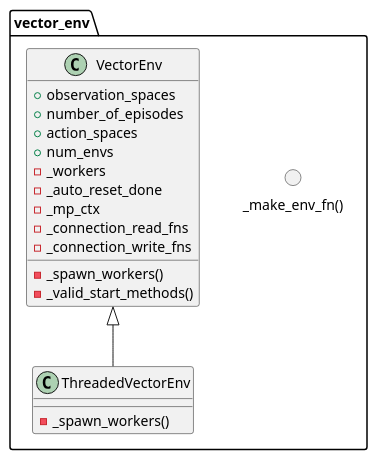
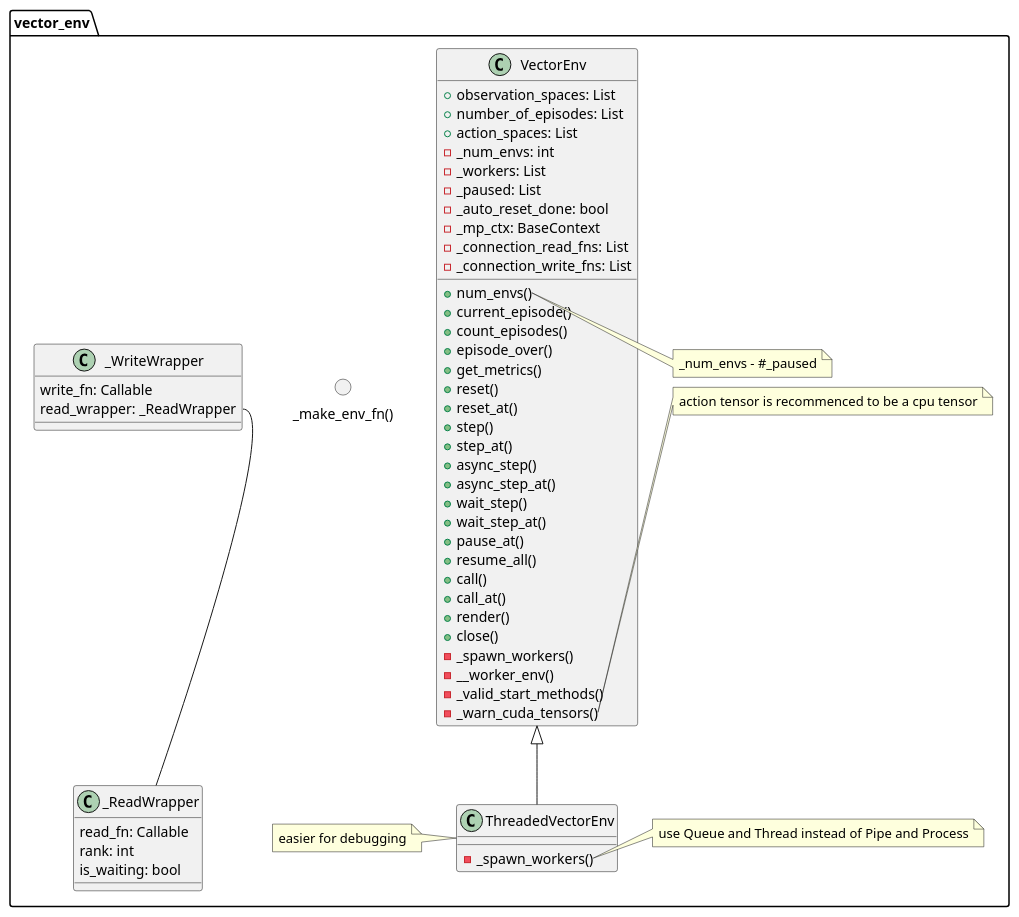
Before and after one commit to againxx/Notes: the fourth of 4 diagrams in Projects/Scanbot/habitat_lab.md, drawn with PlantUML. The commit also changed other lines of this file, not shown here.

Commit message:
Update habitat_lab class uml diagram

````diff
--- a/Projects/Scanbot/habitat_lab.md
+++ b/Projects/Scanbot/habitat_lab.md
@@ -169,25 +165,72 @@
 ```plantuml
 package vector_env {
     () "_make_env_fn()"
     class VectorEnv {
-        +observation_spaces
-        +number_of_episodes
-        +action_spaces
-        +num_envs
-        -_workers
-        -_auto_reset_done
-        -_mp_ctx
-        -_connection_read_fns
-        -_connection_write_fns
+        +observation_spaces: List
+        +number_of_episodes: List
+        +action_spaces: List
+        -_num_envs: int
+        -_workers: List
+        -_paused: List
+        -_auto_reset_done: bool
+        -_mp_ctx: BaseContext
+        -_connection_read_fns: List
+        -_connection_write_fns: List
 
+        +num_envs()
+        +current_episode()
+        +count_episodes()
+        +episode_over()
+        +get_metrics()
+        +reset()
+        +reset_at()
+        +step()
+        +step_at()
+        +async_step()
+        +async_step_at()
+        +wait_step()
+        +wait_step_at()
+        +pause_at()
+        +resume_all()
+        +call()
+        +call_at()
+        +render()
+        +close()
         -_spawn_workers()
+        -__worker_env()
         -_valid_start_methods()
+        -_warn_cuda_tensors()
     }
 
     class ThreadedVectorEnv {
         -_spawn_workers()
     }
 
+    class _ReadWrapper {
+        read_fn: Callable
+        rank: int
+        is_waiting: bool
+    }
+
+    class _WriteWrapper {
+        write_fn: Callable
+        read_wrapper: _ReadWrapper
+    }
     VectorEnv <|-- ThreadedVectorEnv
+    _WriteWrapper::read_wrapper -- _ReadWrapper
+
+    note right of VectorEnv::num_envs()
+        _num_envs - #_paused
+    end note
+
+    note right of VectorEnv::_warn_cuda_tensors()
+        action tensor is recommenced to be a cpu tensor
+    end note
+
+    note left of ThreadedVectorEnv: easier for debugging
+    note right of ThreadedVectorEnv::_spawn_workers()
+        use Queue and Thread instead of Pipe and Process
+    end note
+
 }
 ```
````
